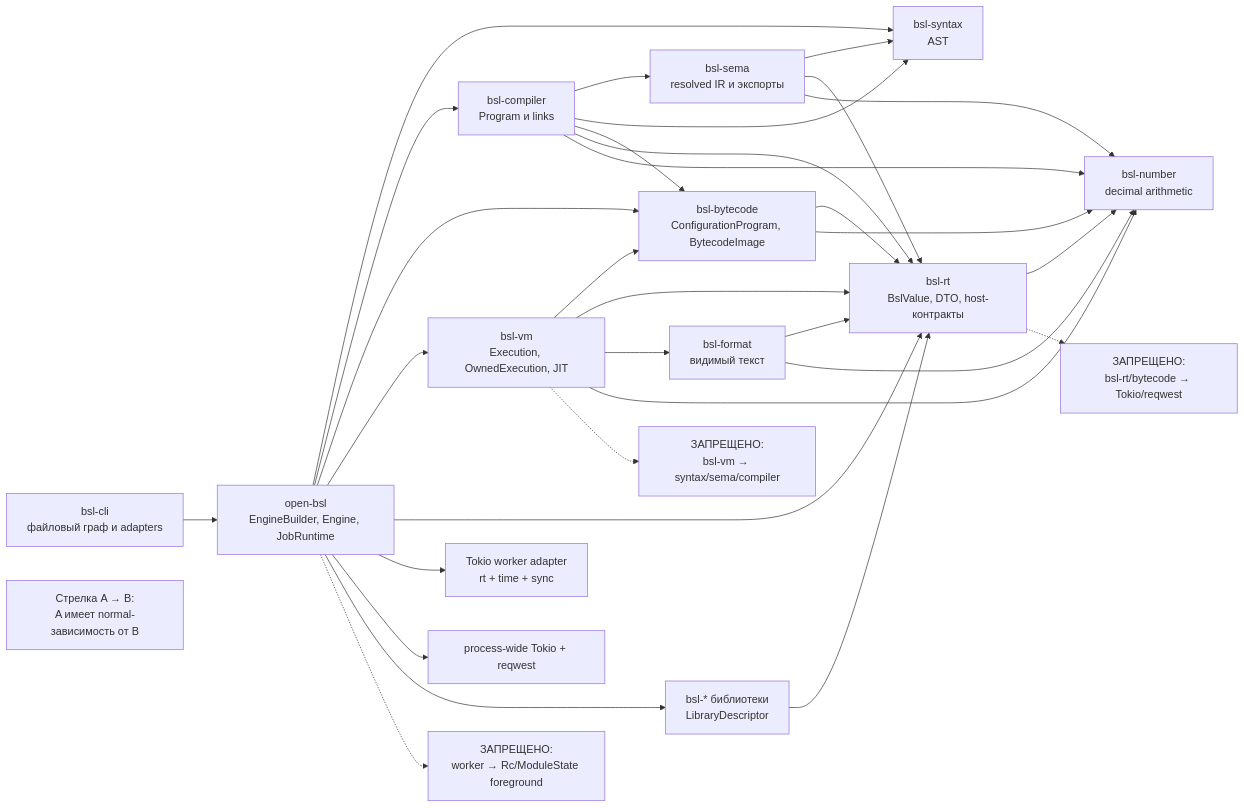
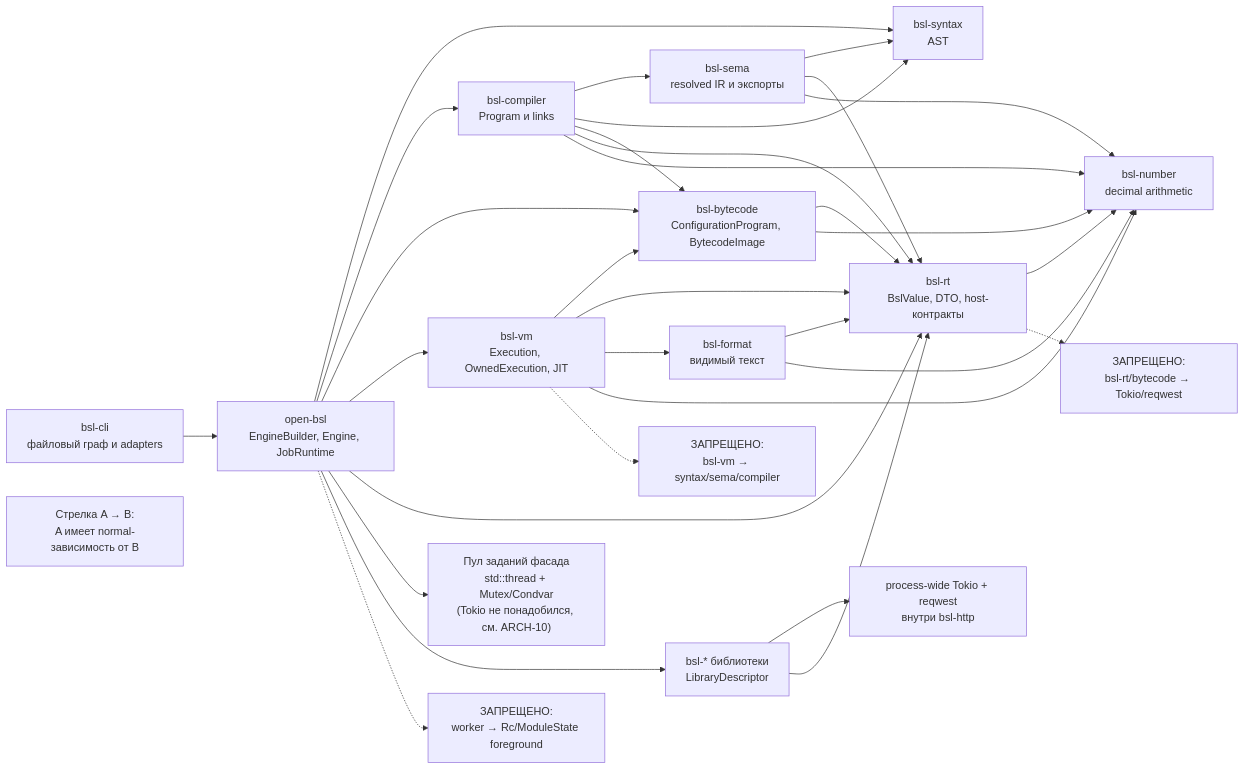
Before and after one commit to dobpilot/open-bsl: the second of 21 diagrams in docs/component-architecture.md, drawn with Mermaid. The commit also changed other lines of this file and 6 other files, not shown here.

````diff
--- a/docs/component-architecture.md
+++ b/docs/component-architecture.md
@@ -85,52 +89,52 @@
 ```mermaid
 flowchart LR
     cli["bsl-cli<br/>файловый граф и adapters"]
     facade["open-bsl<br/>EngineBuilder, Engine, JobRuntime"]
     syntax["bsl-syntax<br/>AST"]
     sema["bsl-sema<br/>resolved IR и экспорты"]
     compiler["bsl-compiler<br/>Program и links"]
     bytecode["bsl-bytecode<br/>ConfigurationProgram, BytecodeImage"]
     vm["bsl-vm<br/>Execution, OwnedExecution, JIT"]
     rt["bsl-rt<br/>BslValue, DTO, host-контракты"]
     number["bsl-number<br/>decimal arithmetic"]
     format["bsl-format<br/>видимый текст"]
     libs["bsl-* библиотеки<br/>LibraryDescriptor"]
-    tokio_worker["Tokio worker adapter<br/>rt + time + sync"]
-    http_adapter["process-wide Tokio + reqwest"]
+    pool["Пул заданий фасада<br/>std::thread + Mutex/Condvar<br/>(Tokio не понадобился, см. ARCH-10)"]
+    http_adapter["process-wide Tokio + reqwest<br/>внутри bsl-http"]
 
     legend["Стрелка A → B:<br/>A имеет normal-зависимость от B"]
     cli --> facade
     facade --> syntax
     sema --> syntax
     sema --> rt
     sema --> number
     compiler --> sema
     compiler --> syntax
     compiler --> bytecode
     facade --> compiler
     facade --> bytecode
     facade --> vm
     facade --> rt
-    facade --> tokio_worker
-    facade --> http_adapter
+    facade --> pool
+    libs --> http_adapter
     vm --> bytecode
     vm --> rt
     vm --> format
     format --> rt
     compiler --> rt
     compiler --> number
     bytecode --> rt
     bytecode --> number
     vm --> number
     rt --> number
     format --> number
     libs --> rt
     facade --> libs
 
     forbidden1["ЗАПРЕЩЕНО:<br/>bsl-vm → syntax/sema/compiler"]
     forbidden2["ЗАПРЕЩЕНО:<br/>bsl-rt/bytecode → Tokio/reqwest"]
     forbidden3["ЗАПРЕЩЕНО:<br/>worker → Rc/ModuleState foreground"]
     vm -.-> forbidden1
     rt -.-> forbidden2
     facade -.-> forbidden3
 ```
````
